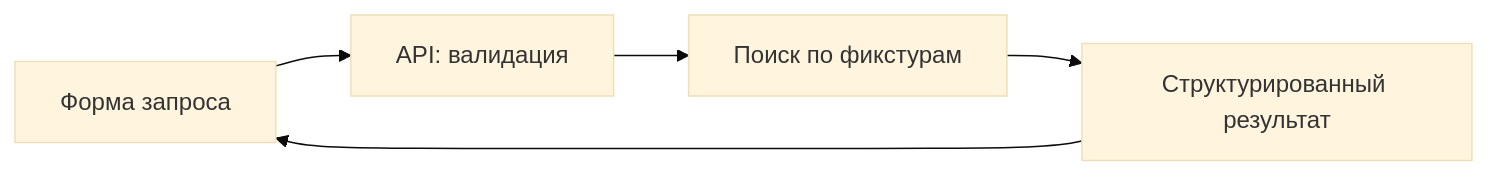
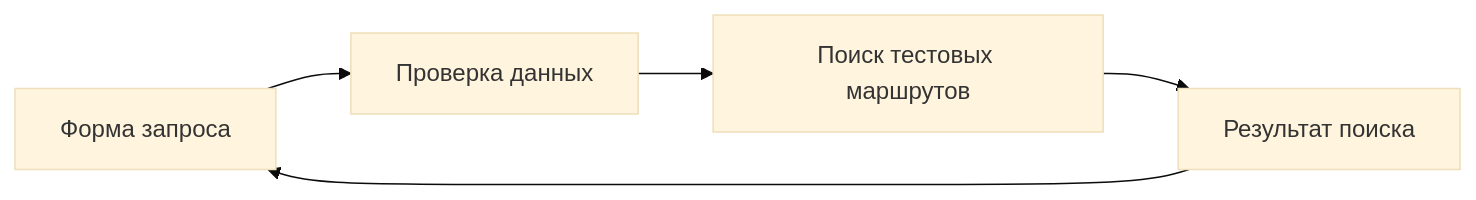
The diagram in src/content/courses/claude-code-guide/12-travel-agent-blueprint.md (node-develop/astro-blog), drawn with Mermaid (base theme) before and after one commit. The commit also changed other lines of this file and 43 other files, not shown here.

````diff
--- a/src/content/courses/claude-code-guide/12-travel-agent-blueprint.md
+++ b/src/content/courses/claude-code-guide/12-travel-agent-blueprint.md
@@ -18,7 +18,7 @@
 ```mermaid
 flowchart LR
-  U[Форма запроса] --> A[API: валидация]
-  A --> F[Поиск по фикстурам]
-  F --> R[Структурированный результат]
+  U[Форма запроса] --> A[Проверка данных]
+  A --> F[Поиск тестовых маршрутов]
+  F --> R[Результат поиска]
   R --> U
 ```
````
